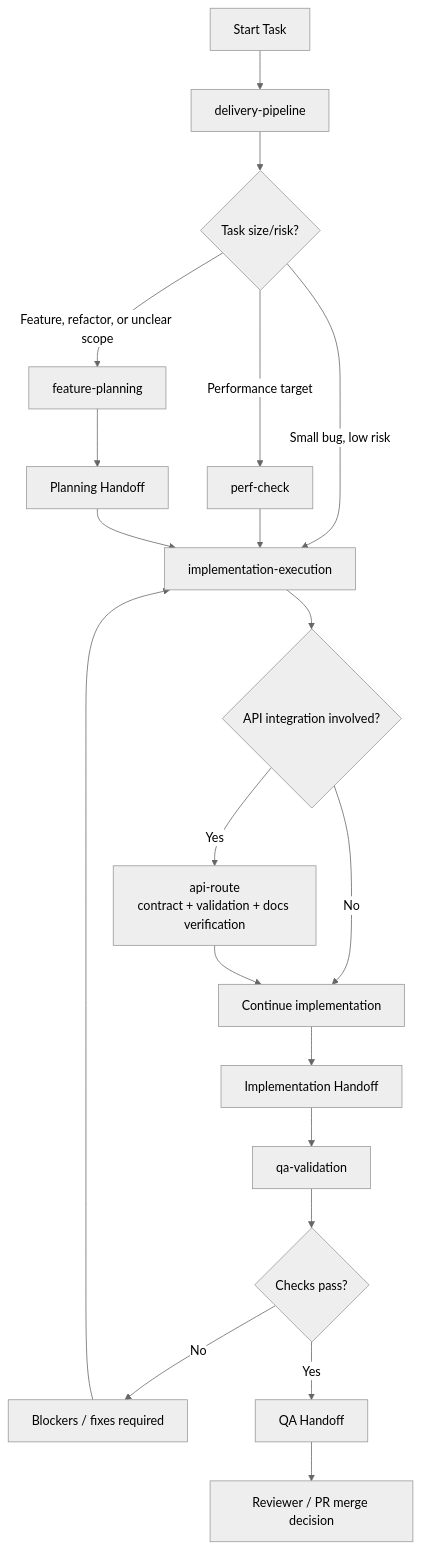
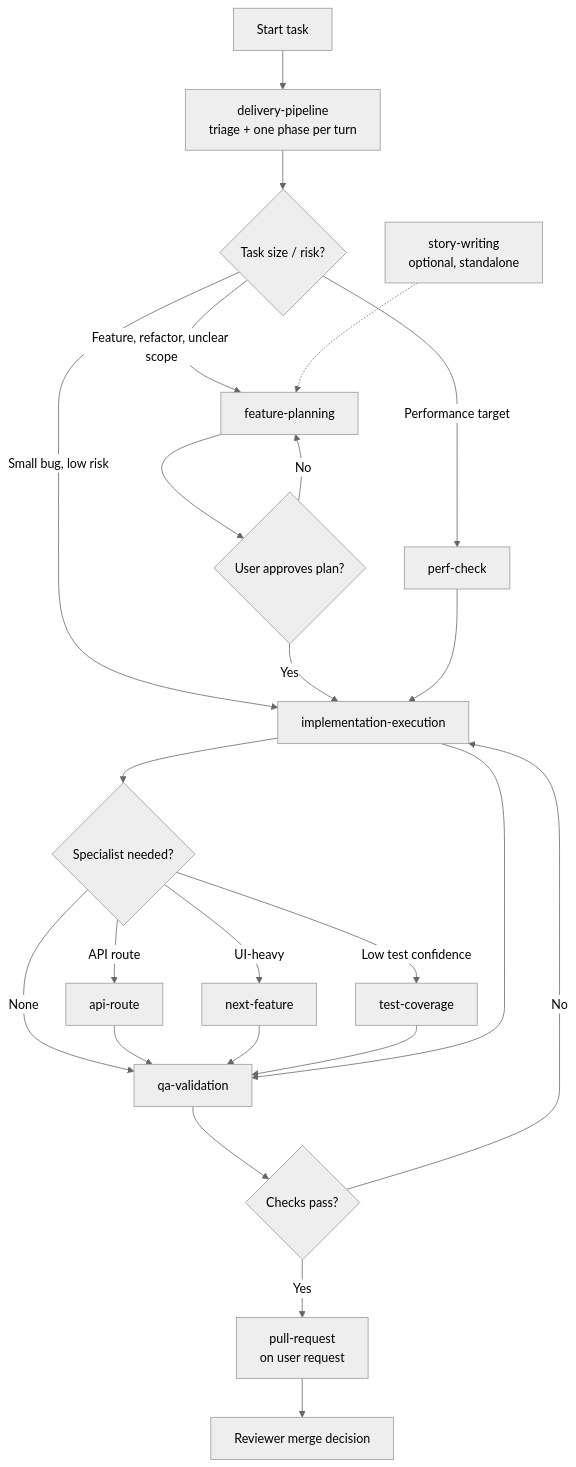
One commit to hajareshyam/nextjs-agentic-starter changed the diagram in .cursor/skills/README.md. Above: the diagram before and after it, drawn with Mermaid (neutral theme). The commit also changed other lines of this file and 9 other files, not shown here.

First line of the commit message:
docs: align project docs with delivery-pipeline and coverage tooling

````diff
--- a/.cursor/skills/README.md
+++ b/.cursor/skills/README.md
@@ -348,29 +350,34 @@
 ```mermaid
 flowchart TD
-    A[Start Task] --> O[delivery-pipeline]
-    O --> B{Task size/risk?}
+    Start[Start task] --> DP[delivery-pipeline<br/>triage + one phase per turn]
 
-    B -->|Small bug, low risk| C[implementation-execution]
-    B -->|Feature, refactor, or unclear scope| F[feature-planning]
-    B -->|Performance target| P[perf-check]
+    DP --> Size{Task size / risk?}
+    Size -->|Small bug, low risk| IE[implementation-execution]
+    Size -->|Feature, refactor, unclear scope| FP[feature-planning]
+    Size -->|Performance target| PC[perf-check]
 
-    P --> C
-    F --> G[Planning Handoff]
-    G --> C
+    SW[story-writing<br/>optional, standalone] -.-> FP
 
-    C --> H{API integration involved?}
-    H -->|Yes| I[api-route<br/>contract + validation + docs verification]
-    H -->|No| J[Continue implementation]
+    FP --> Gate1{User approves plan?}
+    Gate1 -->|No| FP
+    Gate1 -->|Yes| IE
 
-    I --> J
-    J --> K[Implementation Handoff]
+    PC --> IE
 
-    K --> L[qa-validation]
-    L --> M{Checks pass?}
+    IE --> Spec{Specialist needed?}
+    Spec -->|API route| AR[api-route]
+    Spec -->|UI-heavy| NF[next-feature]
+    Spec -->|Low test confidence| TC[test-coverage]
+    Spec -->|None| QA
 
-    M -->|No| N[Blockers / fixes required]
-    N --> C
+    AR --> QA[qa-validation]
+    NF --> QA
+    TC --> QA
+    IE --> QA
 
-    M -->|Yes| O2[QA Handoff]
-    O2 --> R[Reviewer / PR merge decision]
+    QA --> Gate2{Checks pass?}
+    Gate2 -->|No| IE
+    Gate2 -->|Yes| PR[pull-request<br/>on user request]
+
+    PR --> Review[Reviewer merge decision]
 ```
````
